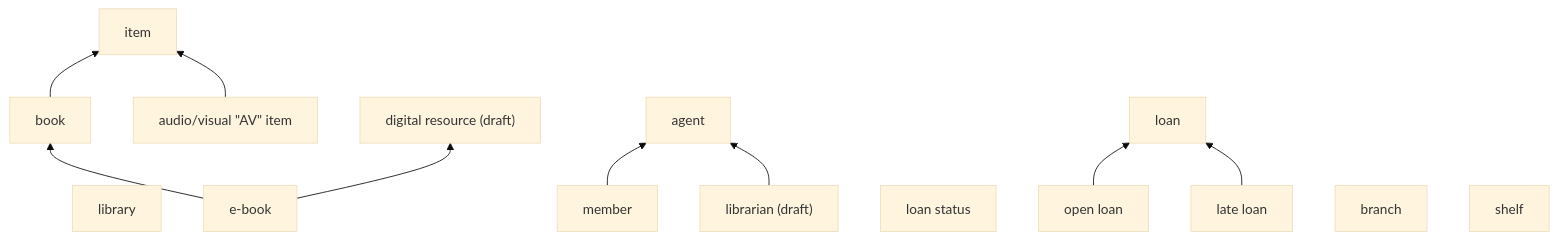
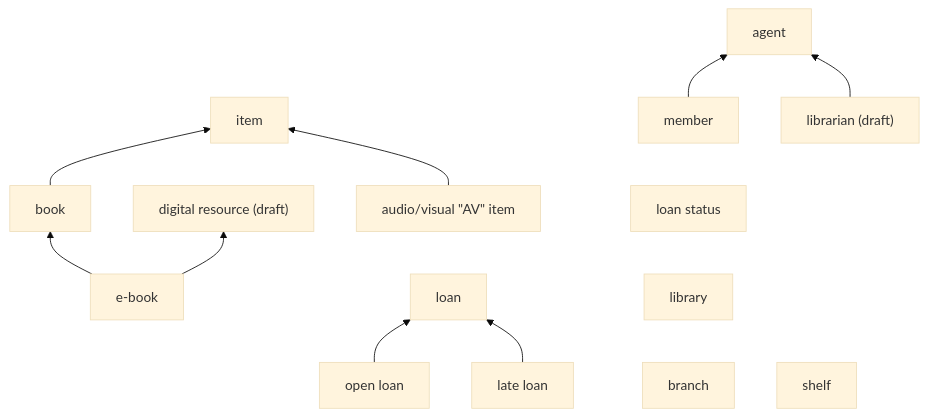
One commit to belaboros/UserManualAndDomainAssistant changed the first of 3 diagrams in tools/domain-model/example/generated/diagrams.md. Above: the diagram before and after it, drawn with Mermaid (base theme). The commit also changed 39 other files, not shown here.

````diff
--- a/tools/domain-model/example/generated/diagrams.md
+++ b/tools/domain-model/example/generated/diagrams.md
@@ -9,26 +9,30 @@
 ```mermaid
 flowchart BT
-    Library["library"]
     Item["item"]
     Book["book"]
     AudioVisualItem["audio/visual #quot;AV#quot; item"]
     DigitalResource["digital resource (draft)"]
     EBook["e-book"]
+    Loan["loan"]
+    OpenLoan["open loan"]
+    LateLoan["late loan"]
     Agent["agent"]
     Member["member"]
     Librarian["librarian (draft)"]
-    Loan["loan"]
     LoanStatus["loan status"]
-    OpenLoan["open loan"]
-    LateLoan["late loan"]
+    Library["library"]
     Branch["branch"]
     Shelf["shelf"]
     Book --> Item
     AudioVisualItem --> Item
     EBook --> Book
     EBook --> DigitalResource
     Member --> Agent
     Librarian --> Agent
     OpenLoan --> Loan
     LateLoan --> Loan
+    Loan ~~~ AudioVisualItem
+    LoanStatus ~~~ Member
+    Library ~~~ LoanStatus
+    Branch ~~~ Library
 ```
````
